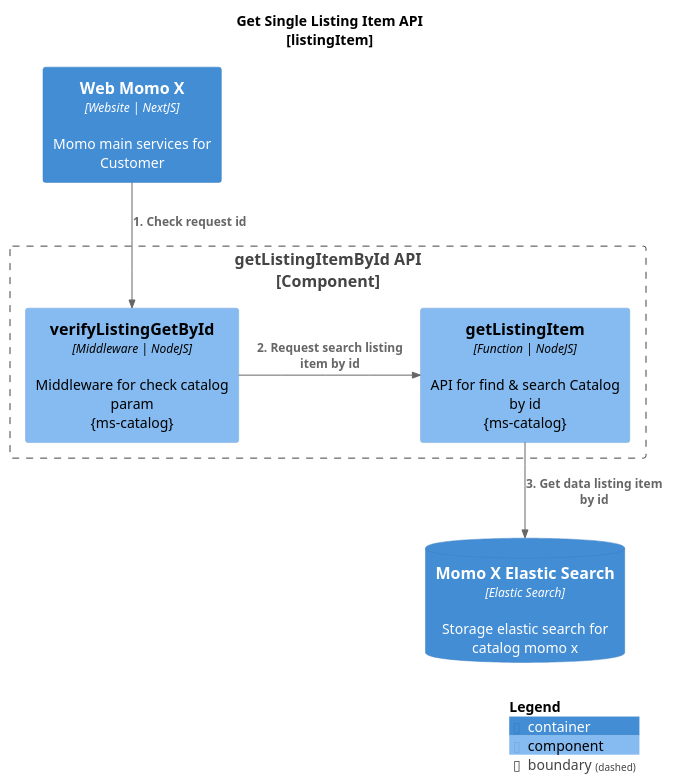
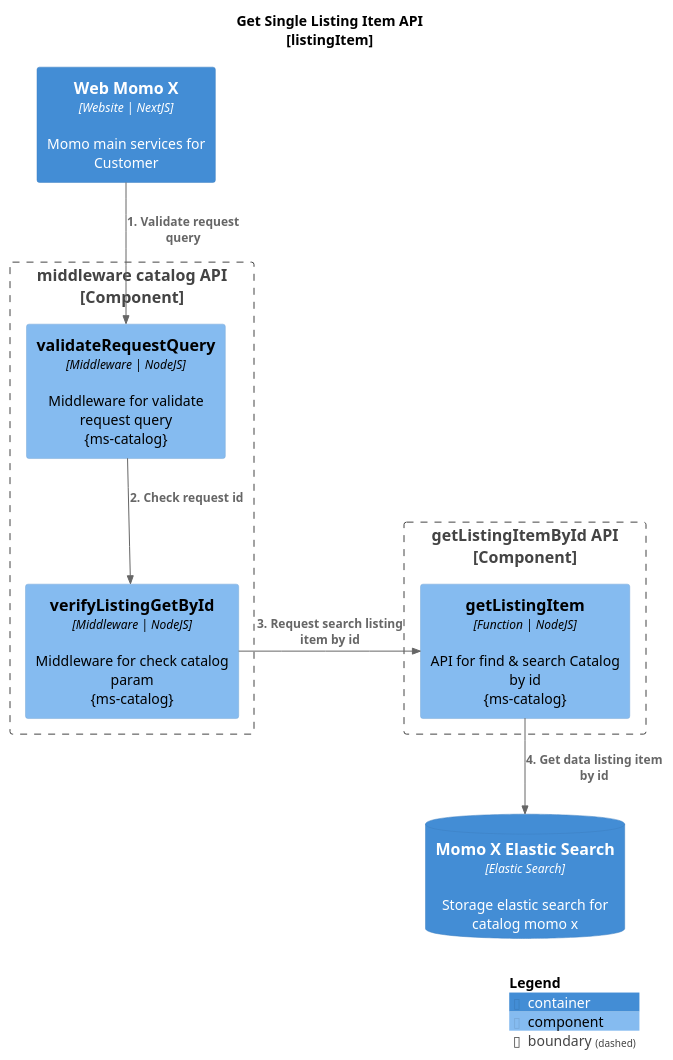
One commit to JoshAndreas/Project-C4-Diagram changed the diagram in MomoX/ms-catalog/listingItem/getListingItemById.puml. Above: the diagram before and after it, drawn with PlantUML. The commit also changed 52 other files, not shown here.

Commit message:
New C4 Diagram File for Auto X

```diff
--- a/MomoX/ms-catalog/listingItem/getListingItemById.puml
+++ b/MomoX/ms-catalog/listingItem/getListingItemById.puml
@@ -1,25 +1,32 @@
 @startuml
 !include https://raw.githubusercontent.com/plantuml-stdlib/C4-PlantUML/master/C4_Component.puml
 
 
 LAYOUT_WITH_LEGEND()
 title Get Single Listing Item API\n[listingItem]
 
     Container(web_momo_x, "Web Momo X", "Website | NextJS", "Momo main services for Customer")
+
+    Boundary(middleware, "middleware catalog API\n[Component]"){
+
+        Component(validate_query, "validateRequestQuery", "Middleware | NodeJS", "Middleware for validate request query\n{ms-catalog}")
+        Component(catalog_middleware, "verifyListingGetById", "Middleware | NodeJS", "Middleware for check catalog param\n{ms-catalog}")
+
+    }
     
     Boundary(api, "getListingItemById API\n[Component]"){
 
-        Component(catalog_middleware, "verifyListingGetById", "Middleware | NodeJS", "Middleware for check catalog param\n{ms-catalog}")
         Component(getListingItem, "getListingItem", "Function | NodeJS", "API for find & search Catalog by id\n{ms-catalog}")
 
     }
     ContainerDb(momo_x_elasticsearch, "Momo X Elastic Search", "Elastic Search", "Storage elastic search for catalog momo x")
 
 
-Rel_D(web_momo_x, catalog_middleware, "1. Check request id")
-Rel_R(catalog_middleware, getListingItem, "2. Request search listing item by id")
-Rel_D(getListingItem, momo_x_elasticsearch, "3. Get data listing item by id")
+Rel_D(web_momo_x, validate_query, "1. Validate request query")
+Rel_D(validate_query, catalog_middleware, "2. Check request id")
+Rel_R(catalog_middleware, getListingItem, "3. Request search listing item by id")
+Rel_D(getListingItem, momo_x_elasticsearch, "4. Get data listing item by id")
 
 
 SHOW_LEGEND()
 @enduml
```
